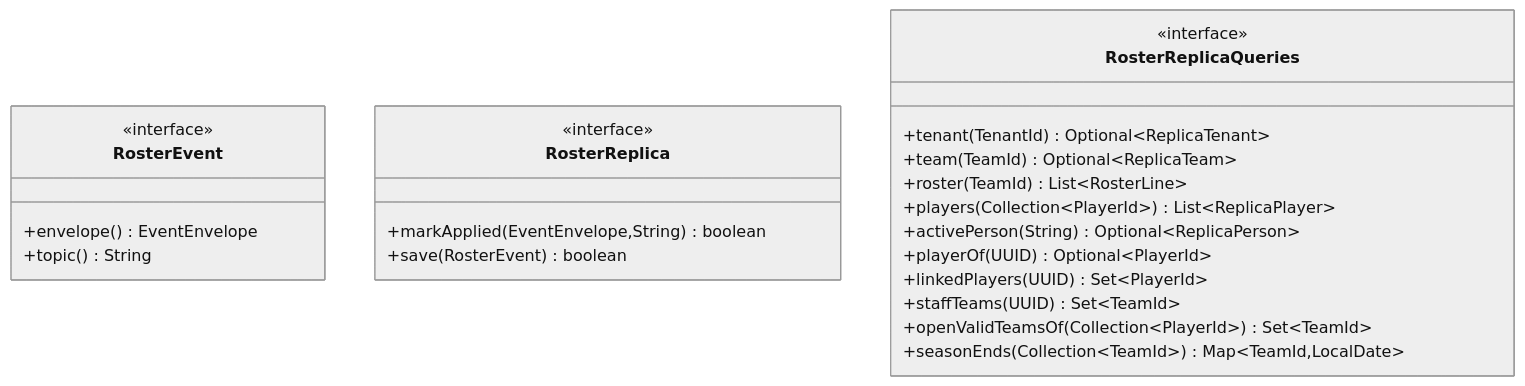
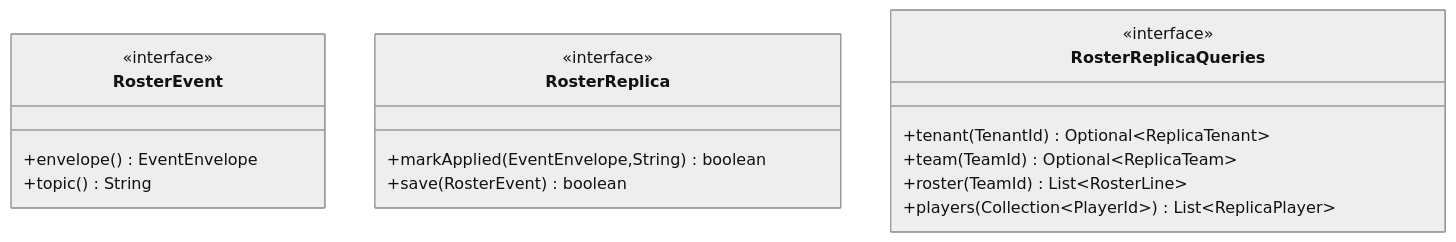
The eighth of 9 diagrams in docs/domain/game-model.md (davidbejar/hoops-academy), drawn with Mermaid (neutral theme) before and after one commit. The commit also changed 9 other files, not shown here.

````diff
--- a/docs/domain/game-model.md
+++ b/docs/domain/game-model.md
@@ -564,26 +564,20 @@
 ```mermaid
 classDiagram
     class RosterEvent {
         <<interface>>
         +envelope() EventEnvelope
         +topic() String
     }
     class RosterReplica {
         <<interface>>
         +markApplied(EventEnvelope,String) boolean
         +save(RosterEvent) boolean
     }
     class RosterReplicaQueries {
         <<interface>>
         +tenant(TenantId) Optional~ReplicaTenant~
         +team(TeamId) Optional~ReplicaTeam~
         +roster(TeamId) List~RosterLine~
         +players(Collection~PlayerId~) List~ReplicaPlayer~
-        +activePerson(String) Optional~ReplicaPerson~
-        +playerOf(UUID) Optional~PlayerId~
-        +linkedPlayers(UUID) Set~PlayerId~
-        +staffTeams(UUID) Set~TeamId~
-        +openValidTeamsOf(Collection~PlayerId~) Set~TeamId~
-        +seasonEnds(Collection~TeamId~) Map~TeamId,LocalDate~
     }
 ```
````
